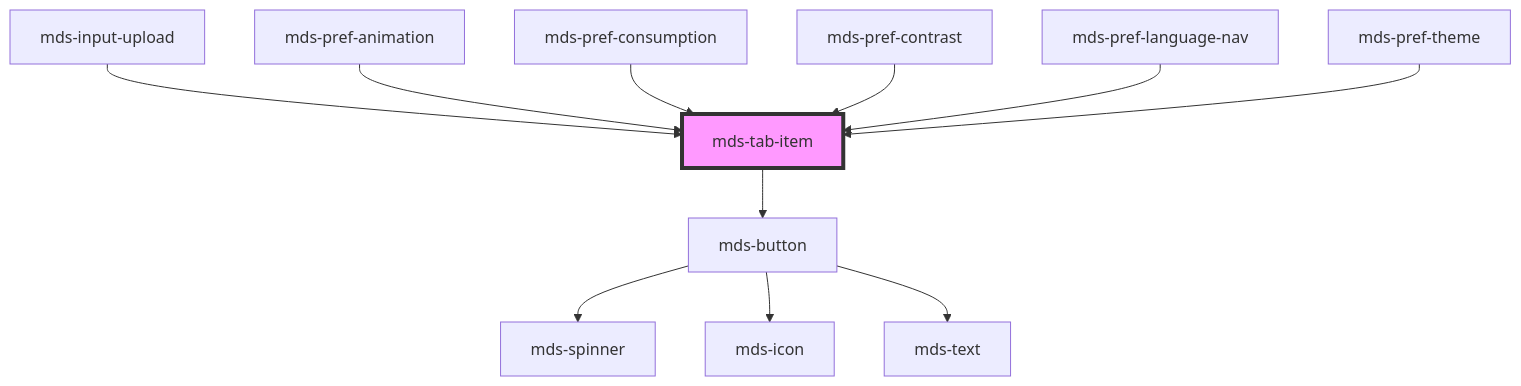
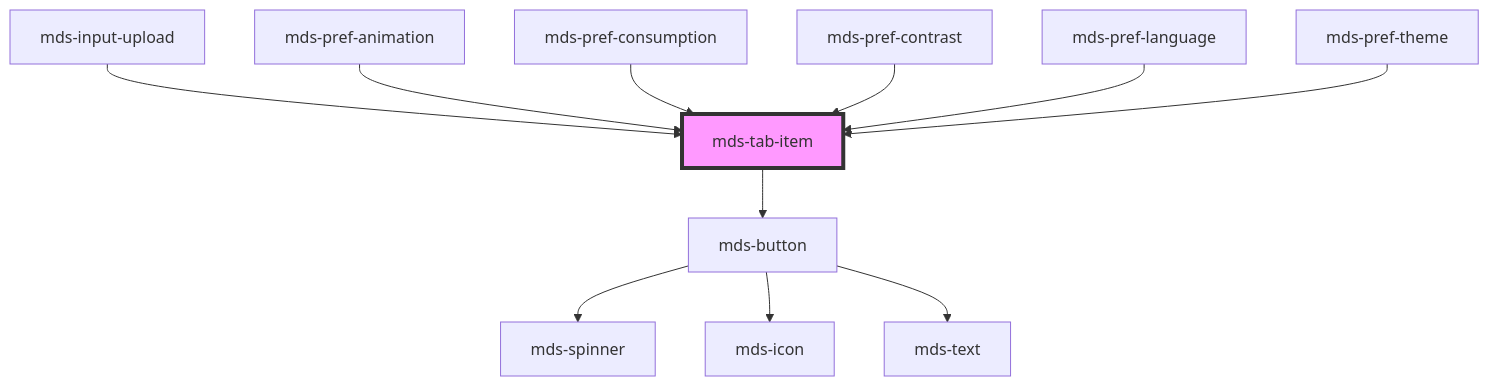
One commit to magma-design-system/magma changed the diagram in projects/stencil/src/components/mds-tab-item/readme.md. Above: the diagram before and after it, drawn with Mermaid. The commit also changed other lines of this file and 26 other files, not shown here.

Commit message:
chore(mds-pref-language): reafactor, remove mds-pref-language-nav

````diff
--- a/projects/stencil/src/components/mds-tab-item/readme.md
+++ b/projects/stencil/src/components/mds-tab-item/readme.md
@@ -74,14 +74,14 @@
 ```mermaid
 graph TD;
   mds-tab-item --> mds-button
   mds-button --> mds-spinner
   mds-button --> mds-icon
   mds-button --> mds-text
   mds-input-upload --> mds-tab-item
   mds-pref-animation --> mds-tab-item
   mds-pref-consumption --> mds-tab-item
   mds-pref-contrast --> mds-tab-item
-  mds-pref-language-nav --> mds-tab-item
+  mds-pref-language --> mds-tab-item
   mds-pref-theme --> mds-tab-item
   style mds-tab-item fill:#f9f,stroke:#333,stroke-width:4px
 ```
````
